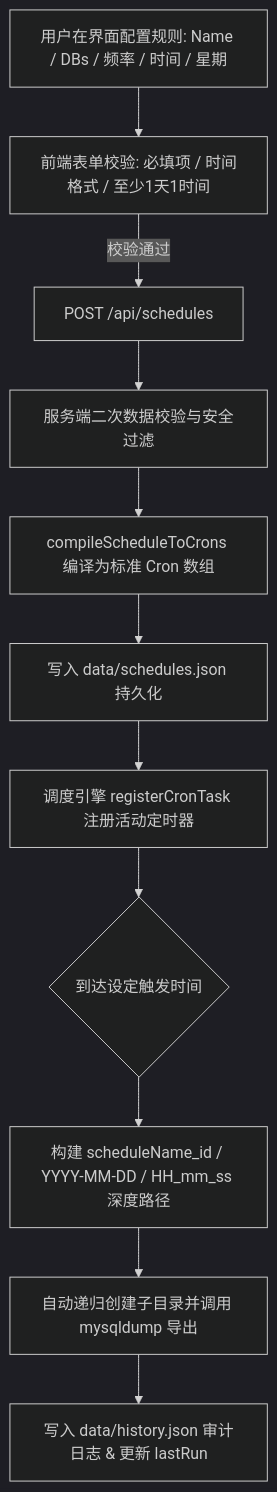
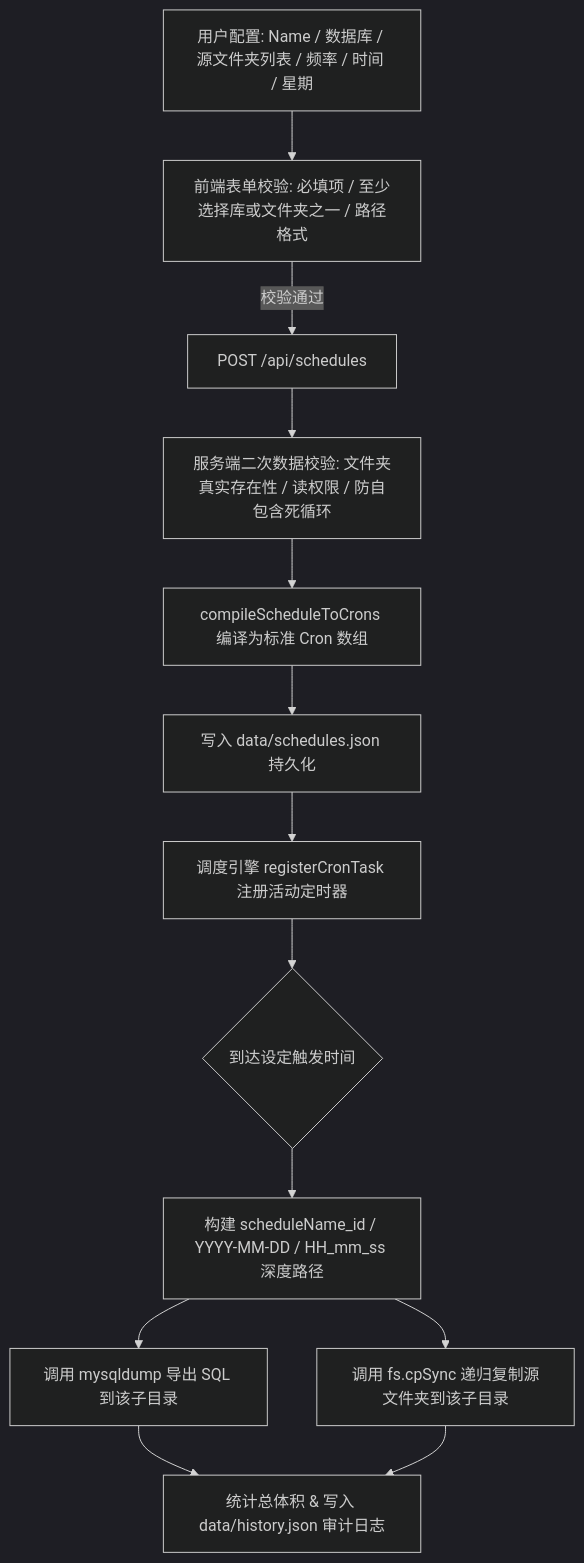
One commit to weiyang0903/autobackup changed the diagram in docs/SCHEDULED_BACKUP.md. Above: the diagram before and after it, drawn with Mermaid (dark theme). The commit also changed other lines of this file and 17 other files, not shown here.

````diff
--- a/docs/SCHEDULED_BACKUP.md
+++ b/docs/SCHEDULED_BACKUP.md
@@ -34,15 +50,16 @@
 ```mermaid
 flowchart TD
-    A[用户在界面配置规则: Name / DBs / 频率 / 时间 / 星期] --> B[前端表单校验: 必填项 / 时间格式 / 至少1天1时间]
+    A[用户配置: Name / 数据库 / 源文件夹列表 / 频率 / 时间 / 星期] --> B[前端表单校验: 必填项 / 至少选择库或文件夹之一 / 路径格式]
     B -- 校验通过 --> C[POST /api/schedules]
-    C --> D[服务端二次数据校验与安全过滤]
+    C --> D[服务端二次数据校验: 文件夹真实存在性 / 读权限 / 防自包含死循环]
     D --> E[compileScheduleToCrons 编译为标准 Cron 数组]
     
     E --> G[写入 data/schedules.json 持久化]
     G --> H[调度引擎 registerCronTask 注册活动定时器]
     
     H --> I{到达设定触发时间}
     I --> J[构建 scheduleName_id / YYYY-MM-DD / HH_mm_ss 深度路径]
-    J --> K[自动递归创建子目录并调用 mysqldump 导出]
-    K --> L[写入 data/history.json 审计日志 & 更新 lastRun]
+    J --> K1[调用 mysqldump 导出 SQL 到该子目录]
+    J --> K2[调用 fs.cpSync 递归复制源文件夹到该子目录]
+    K1 & K2 --> L[统计总体积 & 写入 data/history.json 审计日志]
 ```
````
